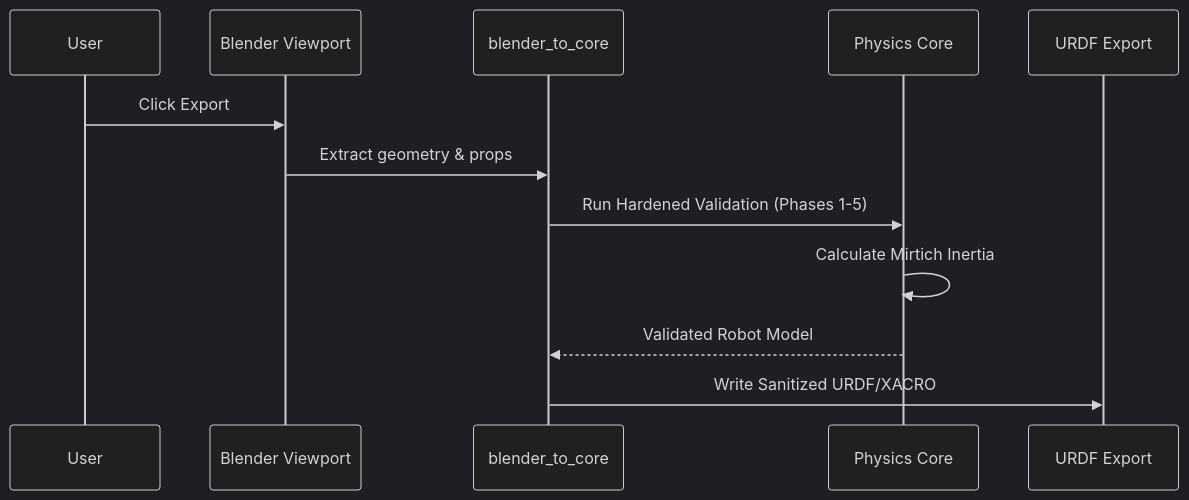
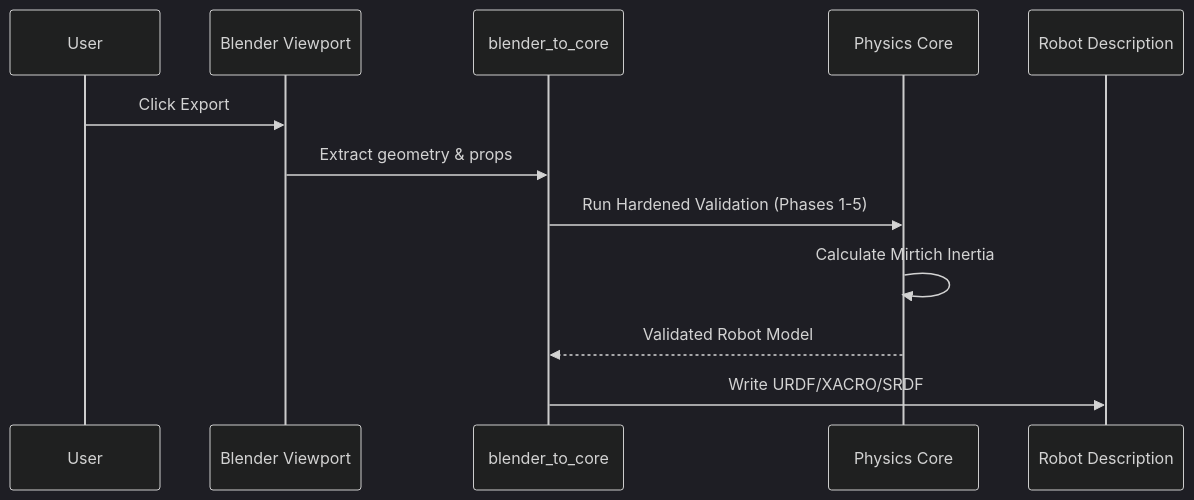
The third of 3 diagrams in ARCHITECTURE.md (arounamounchili/linkforge), drawn with Mermaid (dark theme) before and after one commit. The commit also changed other lines of this file, not shown here.

Commit message:
docs: include SRDF in architecture data flow

````diff
--- a/ARCHITECTURE.md
+++ b/ARCHITECTURE.md
@@ -50,15 +50,15 @@
 ```mermaid
 sequenceDiagram
     participant User
     participant Blender as Blender Viewport
     participant Adapter as blender_to_core
     participant Core as Physics Core
-    participant File as URDF Export
+    participant File as Robot Description
 
     User->>Blender: Click Export
     Blender->>Adapter: Extract geometry & props
     Adapter->>Core: Run Hardened Validation (Phases 1-5)
     Core->>Core: Calculate Mirtich Inertia
     Core-->>Adapter: Validated Robot Model
-    Adapter->>File: Write Sanitized URDF/XACRO
+    Adapter->>File: Write URDF/XACRO/SRDF
 ```
````
